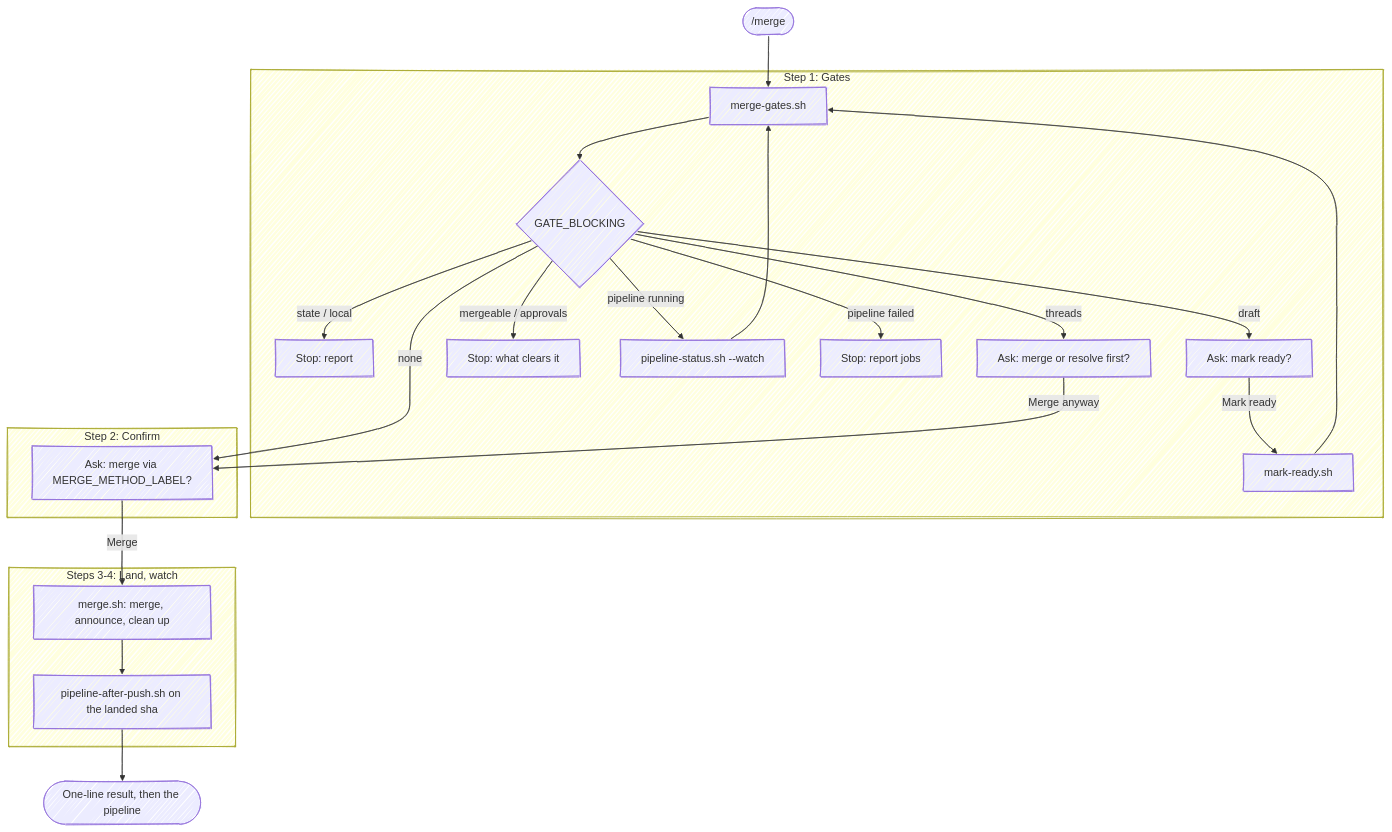
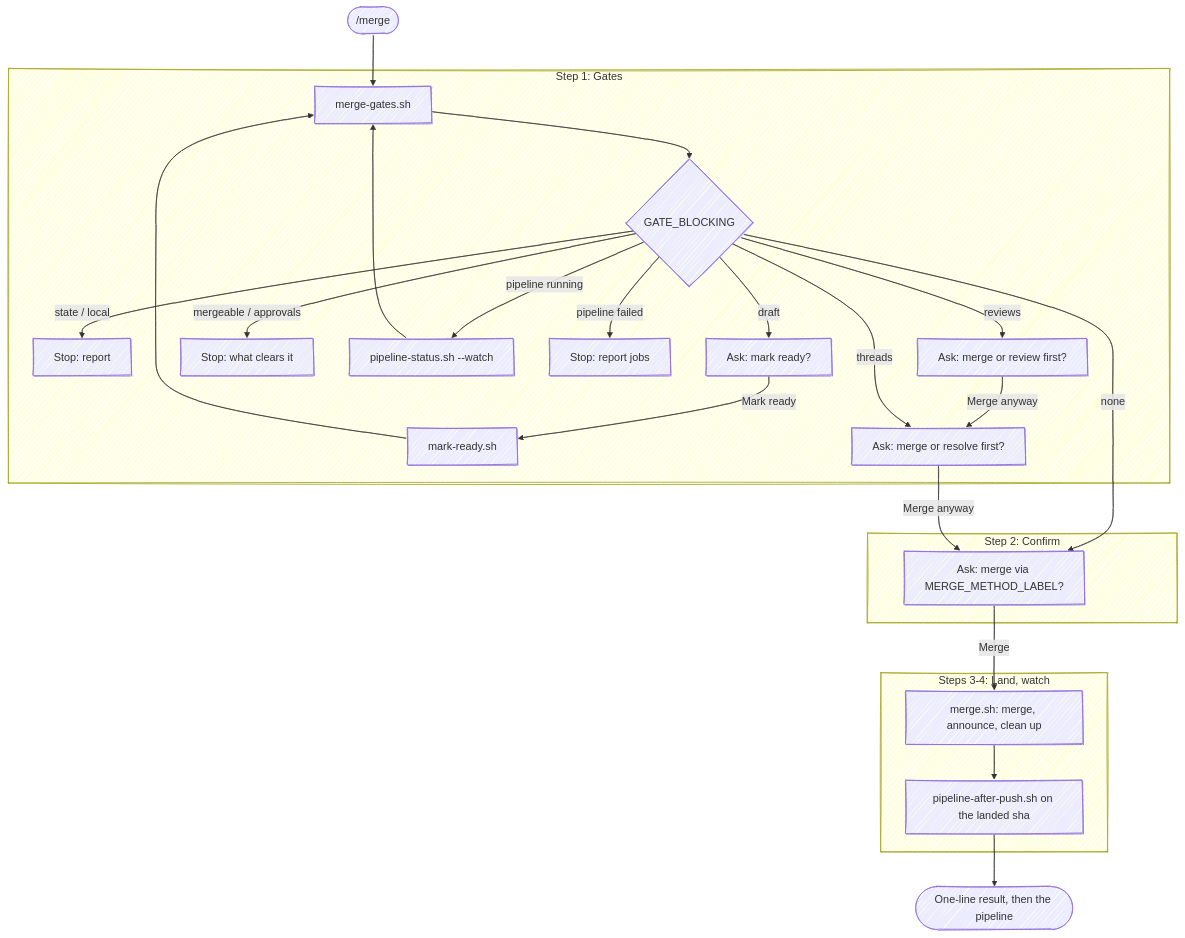
The diagram in skills/merge/SKILL.md (chris-peterson/anchor), drawn with Mermaid before and after one commit. The commit also changed other lines of this file and 31 other files, not shown here.

````diff
--- a/skills/merge/SKILL.md
+++ b/skills/merge/SKILL.md
@@ -43,28 +43,30 @@
 ```mermaid
 %%{ init: { 'look': 'handDrawn' } }%%
 flowchart TD
     Start(["/merge"]) --> Gates["merge-gates.sh"]
 
     subgraph "Step 1: Gates"
         Gates --> Block{GATE_BLOCKING}
         Block -->|state / local| Stop["Stop: report"]
         Block -->|draft| AskDraft["Ask: mark ready?"]
         AskDraft -->|Mark ready| Ready["mark-ready.sh"] --> Gates
         Block -->|mergeable / approvals| StopGate["Stop: what clears it"]
         Block -->|pipeline running| Watch["pipeline-status.sh --watch"] --> Gates
         Block -->|pipeline failed| StopPipe["Stop: report jobs"]
+        Block -->|reviews| AskReviews["Ask: merge or review first?"]
+        AskReviews -->|Merge anyway| AskThreads
         Block -->|threads| AskThreads["Ask: merge or resolve first?"]
     end
 
     subgraph "Step 2: Confirm"
         Block -->|none| Confirm["Ask: merge via MERGE_METHOD_LABEL?"]
         AskThreads -->|Merge anyway| Confirm
     end
 
     subgraph "Steps 3-4: Land, watch"
         Confirm -->|Merge| Do["merge.sh: merge, announce, clean up"]
         Do --> WatchMain["pipeline-after-push.sh on the landed sha"]
     end
 
     WatchMain --> Report([One-line result, then the pipeline])
 ```
````
